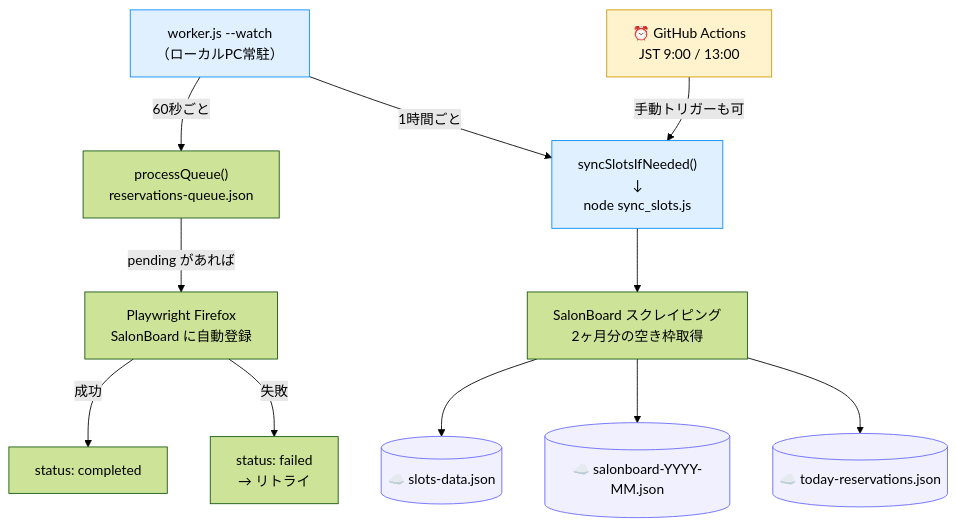
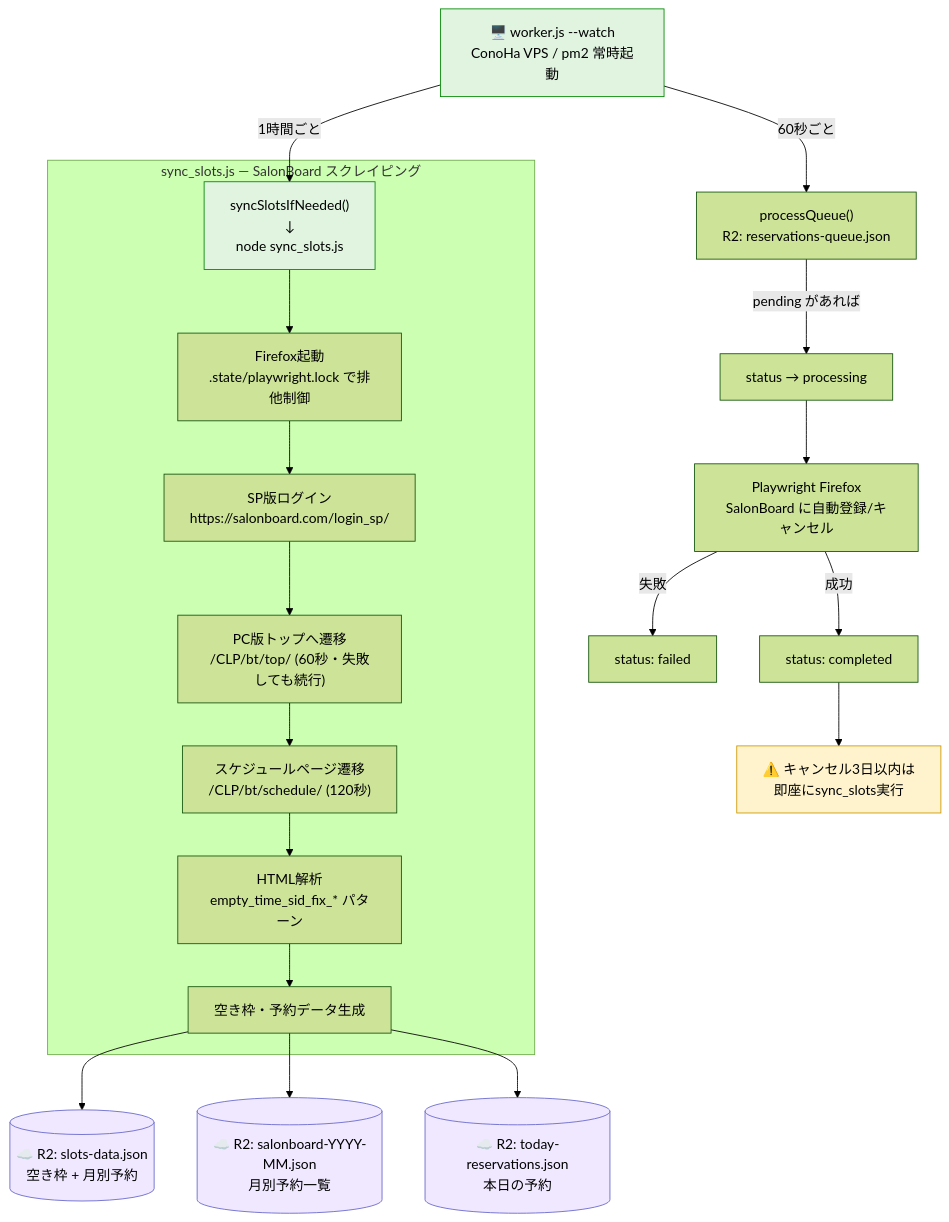
Before and after one commit to tatsuhirot/monthcolor-reservation: the third of 4 diagrams in システム全体図.md, drawn with Mermaid (forest theme). The commit also changed other lines of this file and 1 other file, not shown here.

Commit message:
docs: VPS要件を確認事項に追記＋システム全体図を最新構成に更新

````diff
--- a/システム全体図.md
+++ b/システム全体図.md
@@ -49,24 +130,35 @@
 ```mermaid
 flowchart TD
-    W["worker.js --watch\n（ローカルPC常駐）"]
+    W["🖥️ worker.js --watch\nConoHa VPS / pm2 常時起動"]
 
-    W -->|60秒ごと| Q["processQueue()\nreservations-queue.json"]
-    Q -->|pending があれば| P["Playwright Firefox\nSalonBoard に自動登録"]
+    W -->|60秒ごと| Q["processQueue()\nR2: reservations-queue.json"]
+    Q -->|pending があれば| PROC["status → processing"]
+    PROC --> P["Playwright Firefox\nSalonBoard に自動登録/キャンセル"]
     P -->|成功| S1["status: completed"]
-    P -->|失敗| S2["status: failed\n→ リトライ"]
+    P -->|失敗| S2["status: failed"]
 
     W -->|1時間ごと| SS["syncSlotsIfNeeded()\n↓\nnode sync_slots.js"]
-    SS --> SB["SalonBoard スクレイピング\n2ヶ月分の空き枠取得"]
-    SB --> BL1[("☁️ slots-data.json")]
-    SB --> BL2[("☁️ salonboard-YYYY-MM.json")]
-    SB --> BL3[("☁️ today-reservations.json")]
 
-    GA["⏰ GitHub Actions\nJST 9:00 / 13:00"] -->|手動トリガーも可| SS
+    subgraph sync_slots["sync_slots.js — SalonBoard スクレイピング"]
+        SS --> L1["Firefox起動\n.state/playwright.lock で排他制御"]
+        L1 --> L2["SP版ログイン\nhttps://salonboard.com/login_sp/"]
+        L2 --> L3["PC版トップへ遷移\n/CLP/bt/top/ (60秒・失敗しても続行)"]
+        L3 --> L4["スケジュールページ遷移\n/CLP/bt/schedule/ (120秒)"]
+        L4 --> L5["HTML解析\nempty_time_sid_fix_* パターン"]
+        L5 --> L6["空き枠・予約データ生成"]
+    end
 
-    style W fill:#e0f0ff,stroke:#08f
-    style SS fill:#e0f0ff,stroke:#08f
-    style BL1 fill:#f0f0ff,stroke:#66f
-    style BL2 fill:#f0f0ff,stroke:#66f
-    style BL3 fill:#f0f0ff,stroke:#66f
-    style GA fill:#fef3cd,stroke:#c90
+    L6 --> BL1[("☁️ R2: slots-data.json\n空き枠 + 月別予約")]
+    L6 --> BL2[("☁️ R2: salonboard-YYYY-MM.json\n月別予約一覧")]
+    L6 --> BL3[("☁️ R2: today-reservations.json\n本日の予約")]
+
+    Note["⚠️ キャンセル3日以内は\n即座にsync_slots実行"]
+    S1 --> Note
+
+    style W fill:#e0f4e0,stroke:#080
+    style SS fill:#e0f4e0,stroke:#080
+    style BL1 fill:#f0e8ff,stroke:#66c
+    style BL2 fill:#f0e8ff,stroke:#66c
+    style BL3 fill:#f0e8ff,stroke:#66c
+    style Note fill:#fef3cd,stroke:#c90
 ```
````
